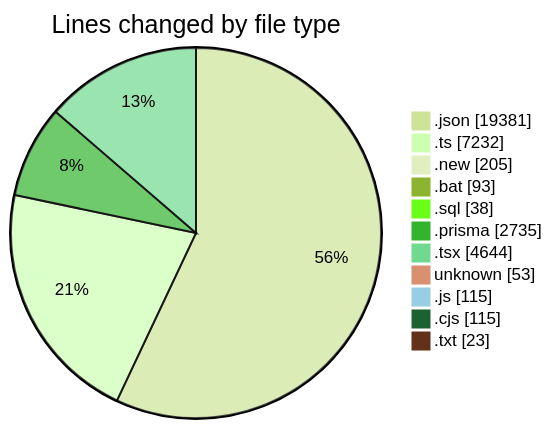
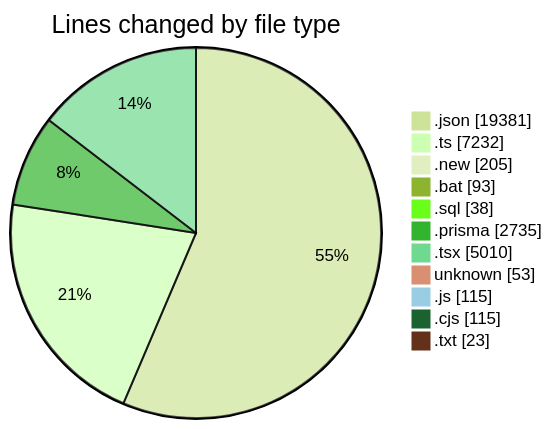
One commit to CELIANVF/code-tracking changed the first of 2 diagrams in 2025-05-20/ecodeli-1/README.md. Above: the diagram before and after it, drawn with Mermaid (forest theme). The commit also changed other lines of this file and 1 other file, not shown here.

````diff
--- a/2025-05-20/ecodeli-1/README.md
+++ b/2025-05-20/ecodeli-1/README.md
@@ -84,15 +85,15 @@
 ```mermaid
 pie showData
 title Lines changed by file type
 ".json" : 19381
 ".ts" : 7232
 ".new" : 205
 ".bat" : 93
 ".sql" : 38
 ".prisma" : 2735
-".tsx" : 4644
+".tsx" : 5010
 "unknown" : 53
 ".js" : 115
 ".cjs" : 115
 ".txt" : 23
 ```
````
